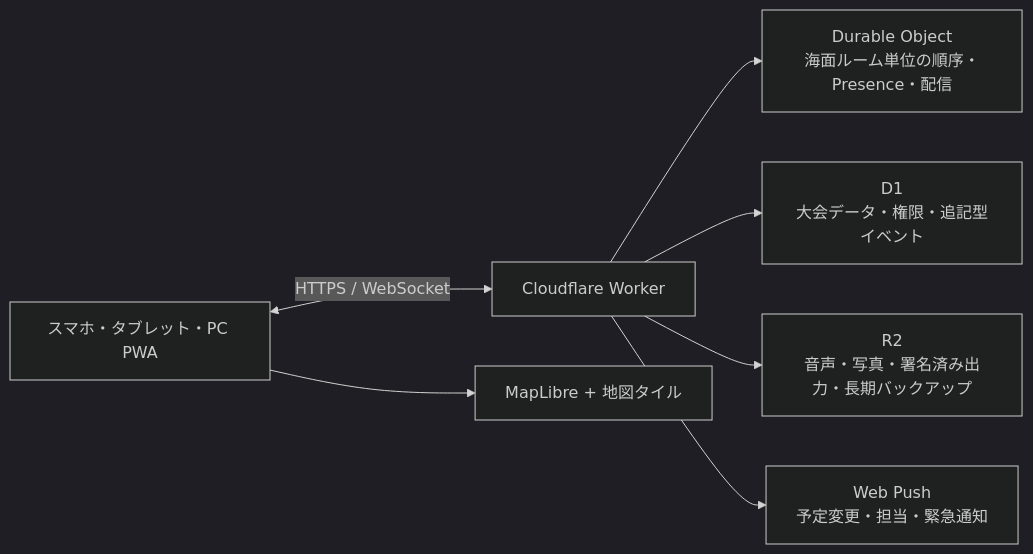
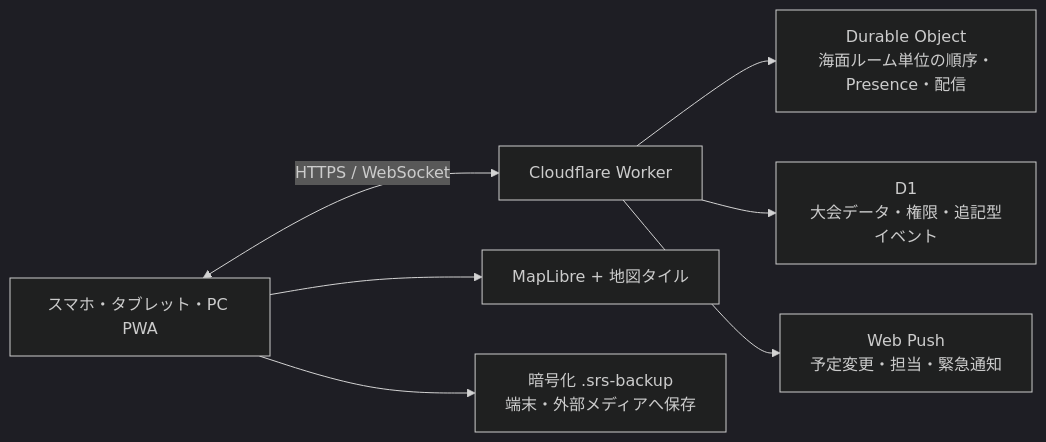
One commit to itou-daiki/sailing-race-supporter changed the diagram in SPECIFICATION.md. Above: the diagram before and after it, drawn with Mermaid (dark theme). The commit also changed other lines of this file and 22 other files, not shown here.

````diff
--- a/SPECIFICATION.md
+++ b/SPECIFICATION.md
@@ -1002,9 +1003,9 @@
 ```mermaid
 flowchart LR
     A["スマホ・タブレット・PC PWA"] <-->|"HTTPS / WebSocket"| B["Cloudflare Worker"]
     B --> C["Durable Object\n海面ルーム単位の順序・Presence・配信"]
     B --> D["D1\n大会データ・権限・追記型イベント"]
-    B --> E["R2\n音声・写真・署名済み出力・長期バックアップ"]
     B --> F["Web Push\n予定変更・担当・緊急通知"]
     A --> G["MapLibre + 地図タイル"]
+    A --> H["暗号化 .srs-backup\n端末・外部メディアへ保存"]
 ```
````
